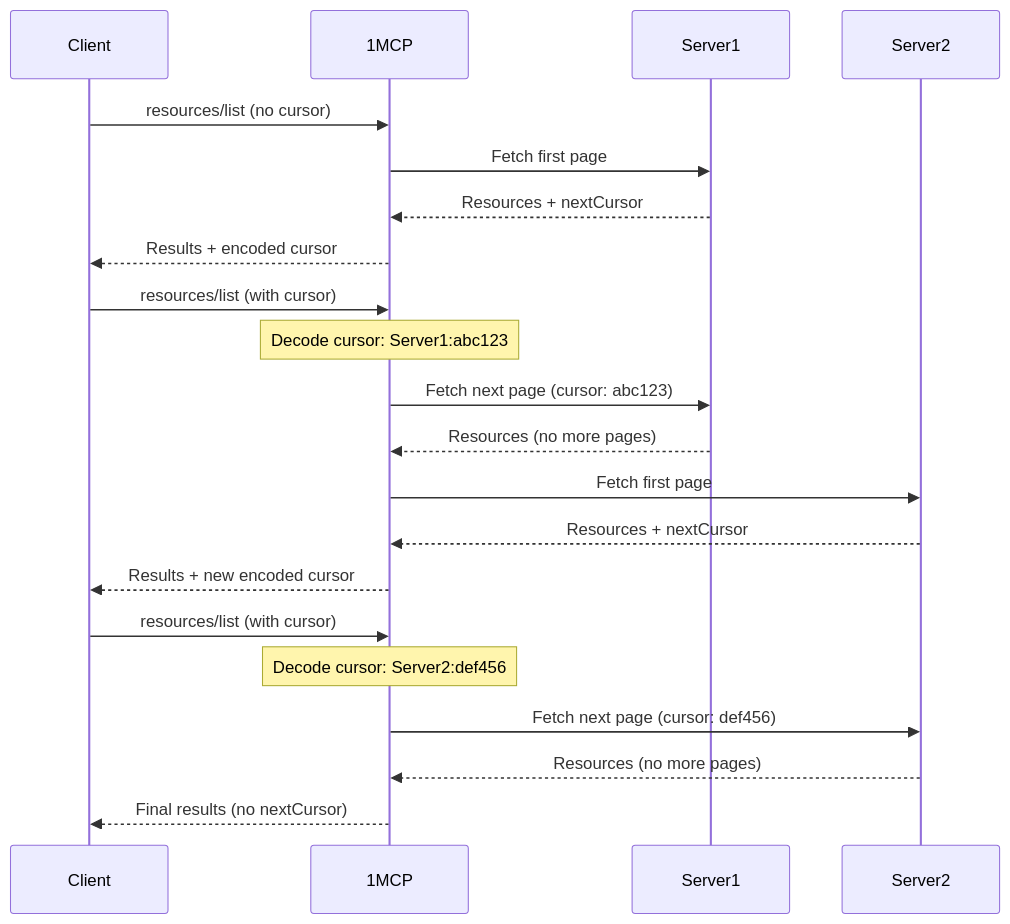
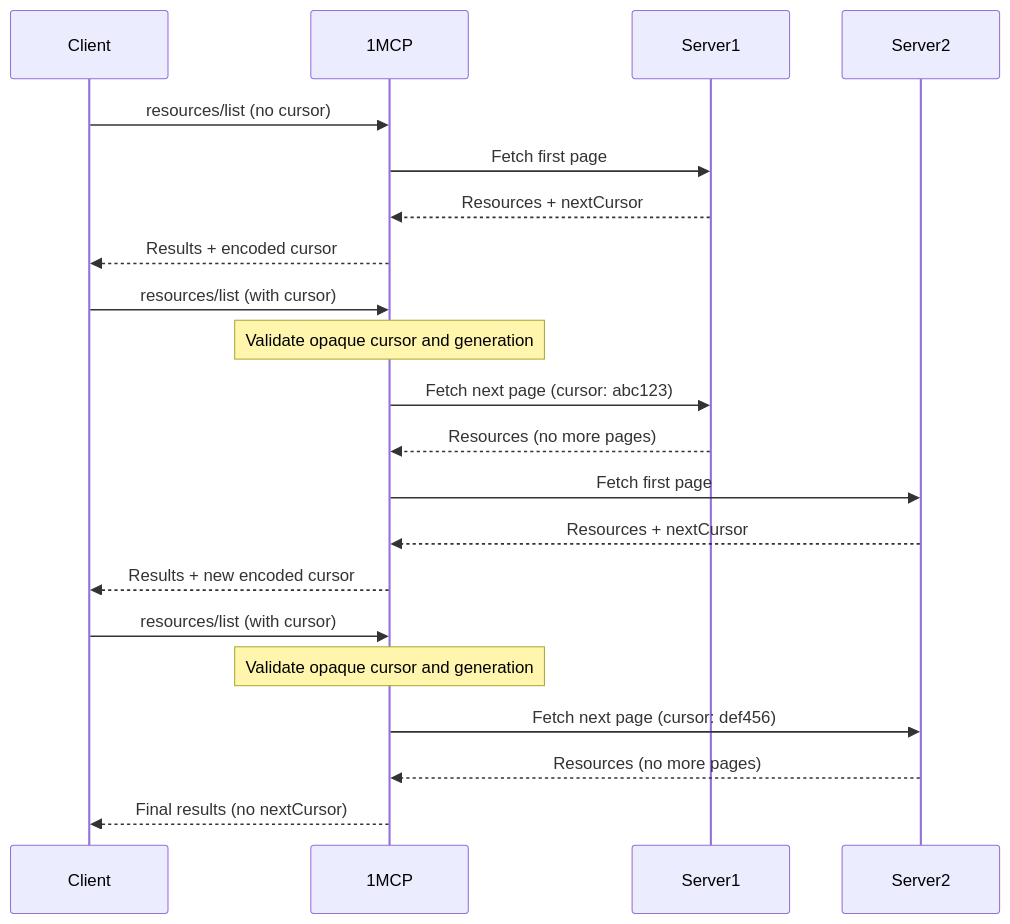
One commit to 1mcp-app/agent changed the diagram in docs/en/reference/pagination.md. Above: the diagram before and after it, drawn with Mermaid. The commit also changed other lines of this file and 17 other files, not shown here.

````diff
--- a/docs/en/reference/pagination.md
+++ b/docs/en/reference/pagination.md
@@ -86,26 +81,26 @@
 ```mermaid
 sequenceDiagram
     participant Client
     participant 1MCP
     participant Server1
     participant Server2
 
     Client->>1MCP: resources/list (no cursor)
     1MCP->>Server1: Fetch first page
     Server1-->>1MCP: Resources + nextCursor
     1MCP-->>Client: Results + encoded cursor
 
     Client->>1MCP: resources/list (with cursor)
-    Note over 1MCP: Decode cursor: Server1:abc123
+    Note over 1MCP: Validate opaque cursor and generation
     1MCP->>Server1: Fetch next page (cursor: abc123)
     Server1-->>1MCP: Resources (no more pages)
     1MCP->>Server2: Fetch first page
     Server2-->>1MCP: Resources + nextCursor
     1MCP-->>Client: Results + new encoded cursor
 
     Client->>1MCP: resources/list (with cursor)
-    Note over 1MCP: Decode cursor: Server2:def456
+    Note over 1MCP: Validate opaque cursor and generation
     1MCP->>Server2: Fetch next page (cursor: def456)
     Server2-->>1MCP: Resources (no more pages)
     1MCP-->>Client: Final results (no nextCursor)
 ```
````
